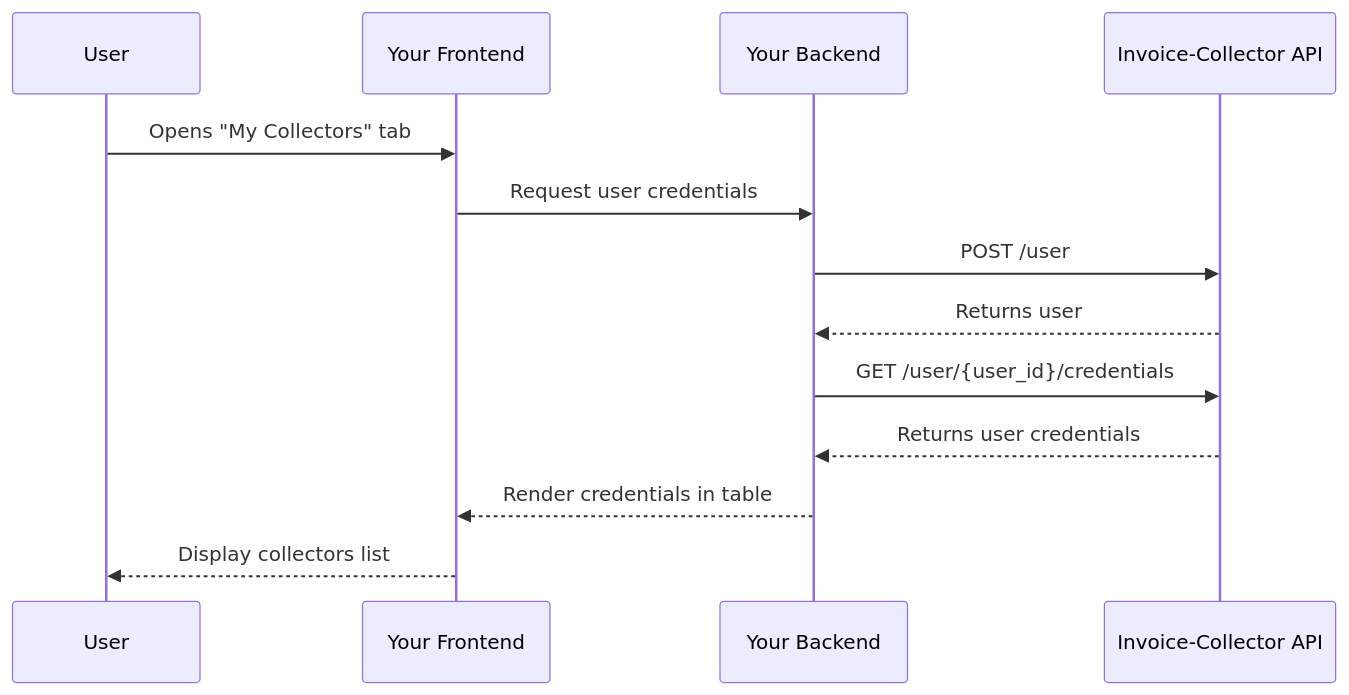
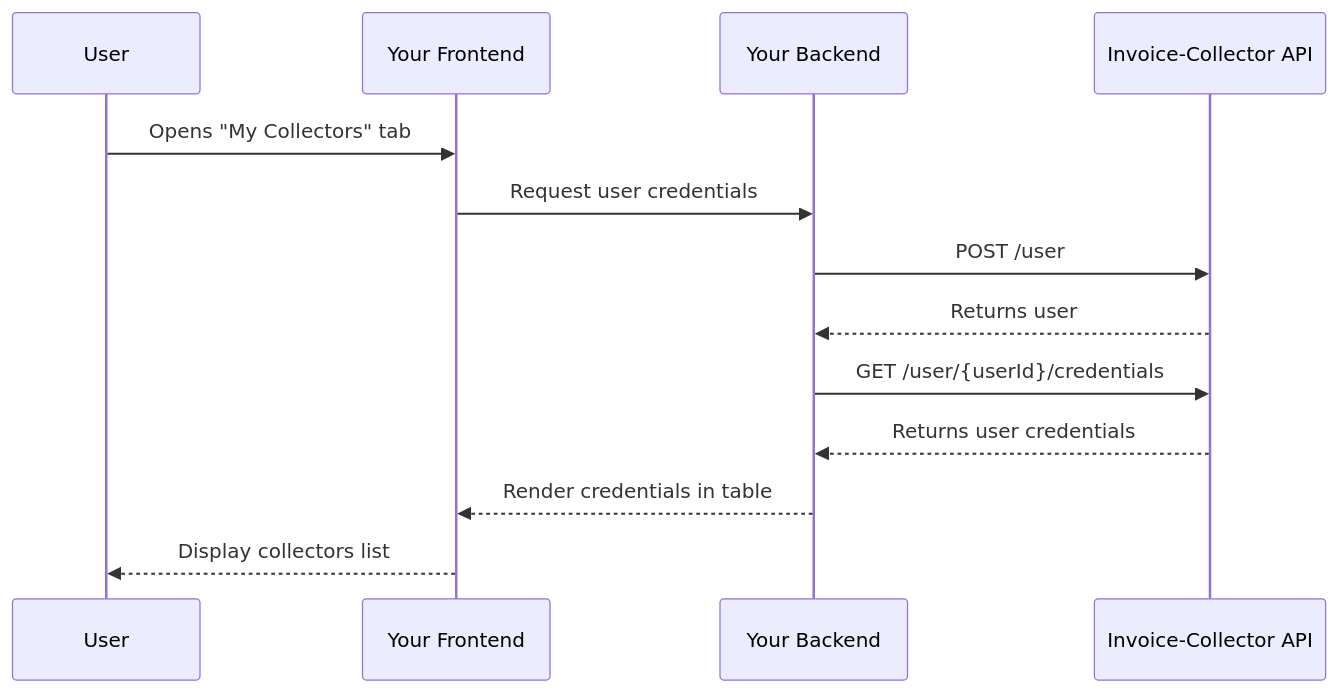
Before and after one commit to invoice-collector/website: the diagram in docs/embed-in-your-app/frontend-integration/list-credentials.mdx, drawn with Mermaid. The commit also changed other lines of this file and 7 other files, not shown here.

````diff
--- a/docs/embed-in-your-app/frontend-integration/list-credentials.mdx
+++ b/docs/embed-in-your-app/frontend-integration/list-credentials.mdx
@@ -123,16 +123,16 @@
 ```mermaid
 sequenceDiagram
     participant User
     participant Frontend as Your Frontend
     participant Backend as Your Backend
     participant API as Invoice-Collector API
 
     User->>Frontend: Opens "My Collectors" tab
     Frontend->>Backend: Request user credentials
     Backend->>API: POST /user
     API-->>Backend: Returns user
-    Backend->>API: GET /user/{user_id}/credentials
+    Backend->>API: GET /user/{userId}/credentials
     API-->>Backend: Returns user credentials
     Backend-->>Frontend: Render credentials in table
     Frontend-->>User: Display collectors list
 ```
````
